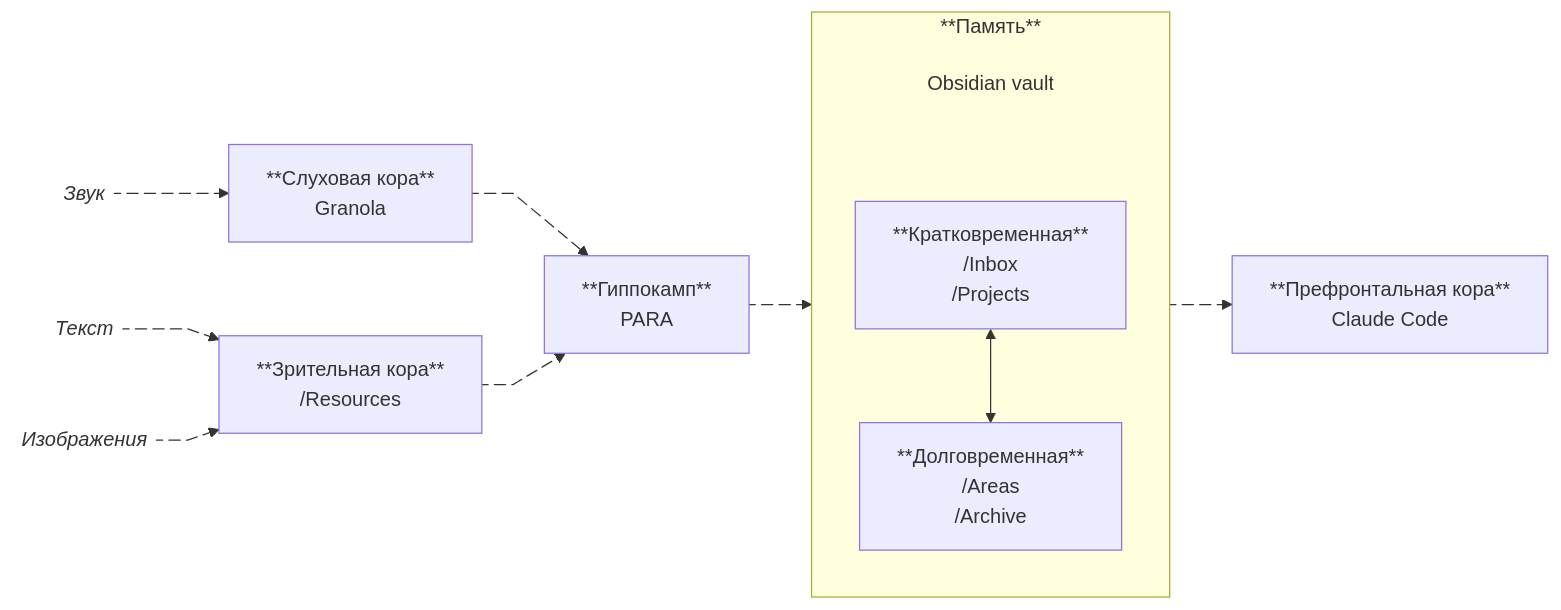
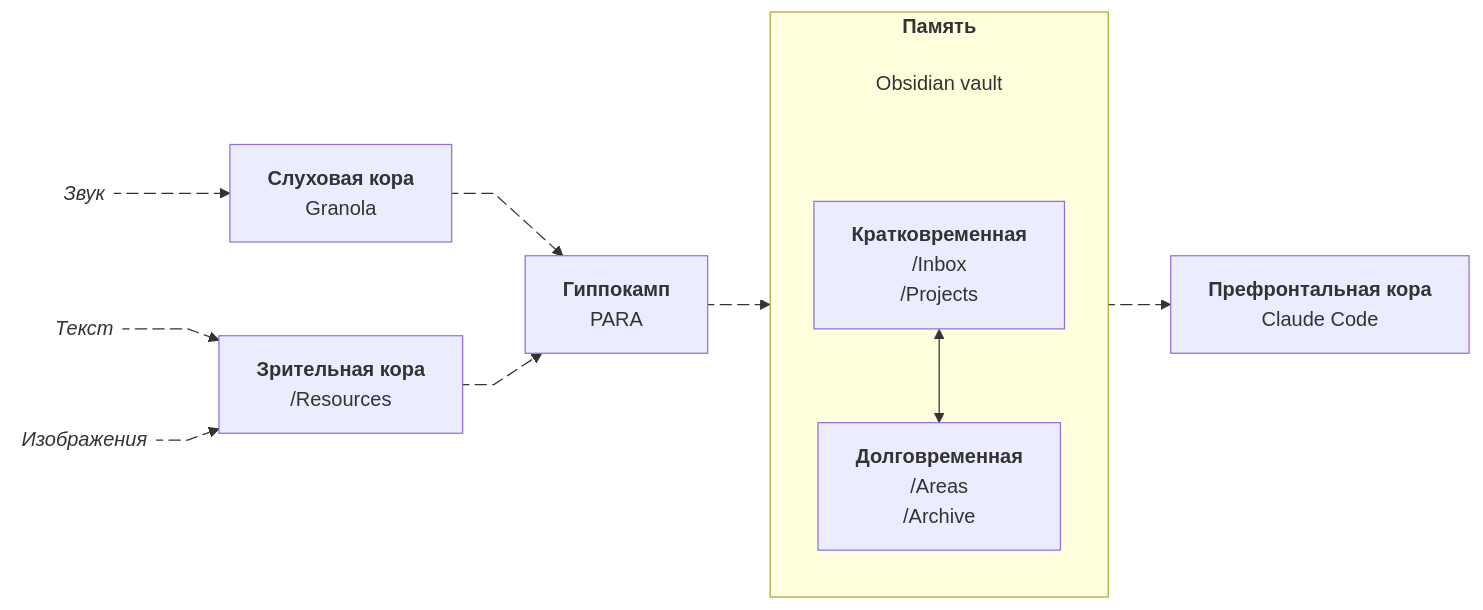
One commit to zavarovkv/zavarov.com changed the second of 2 diagrams in content/ru/blog/second-brain.md. Above: the diagram before and after it, drawn with Mermaid. The commit also changed other lines of this file and 16 other files, not shown here.

Commit message:
Enable wide article media and fix Mermaid labels

```diff
--- a/content/ru/blog/second-brain.md
+++ b/content/ru/blog/second-brain.md
@@ -82,34 +76,34 @@
-{{< mermaid >}}
+{{< mermaid wide=true caption="Аналогия стека со структурой мозга" >}}
 graph LR
     S@{ shape: text, label: "*Звук*" }
     T@{ shape: text, label: "*Текст*" }
     I@{ shape: text, label: "*Изображения*" }
-    S e1@--> A[**Слуховая кора**
-    Granola]
-    T e2@--> B[**Зрительная кора**
-    /Resources]
+    S e1@--> A["`**Слуховая кора**
+    Granola`"]
+    T e2@--> B["`**Зрительная кора**
+    /Resources`"]
     I e3@--> B
-    A e4@--> C[**Гиппокамп**
-    PARA]
+    A e4@--> C["`**Гиппокамп**
+    PARA`"]
     B e5@--> C
     C e6@--> mem
-    mem e7@--> F[**Префронтальная кора**
-    Claude Code]
+    mem e7@--> F["`**Префронтальная кора**
+    Claude Code`"]
     e1@{ animate: true, curve: linear }
     e2@{ animate: true, curve: linear }
     e3@{ animate: true, curve: linear }
     e4@{ animate: true, curve: linear }
     e5@{ animate: true, curve: linear }
     e6@{ animate: true, curve: linear }
     e7@{ animate: true, curve: linear }
 
-    subgraph mem[**Память**]
+    subgraph mem["`**Память**`"]
         direction TB
         Obsidian@{ shape: text, label: "Obsidian vault" } ~~~
-        short[**Кратковременная**
+        short["`**Кратковременная**
         /Inbox
-        /Projects] <--> long[**Долговременная**
+        /Projects`"] <--> long["`**Долговременная**
         /Areas
-        /Archive]
+        /Archive`"]
     end
 {{< /mermaid >}}
```
